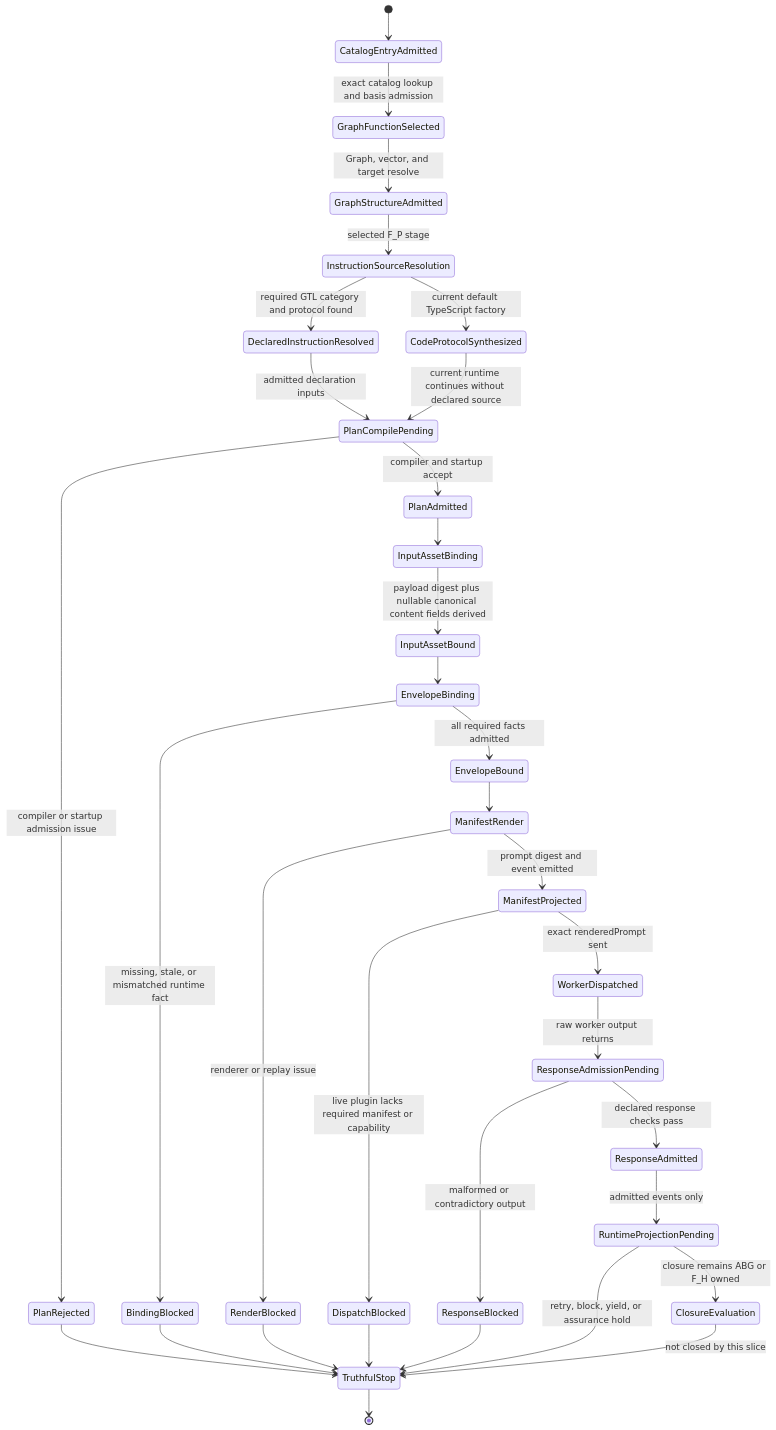
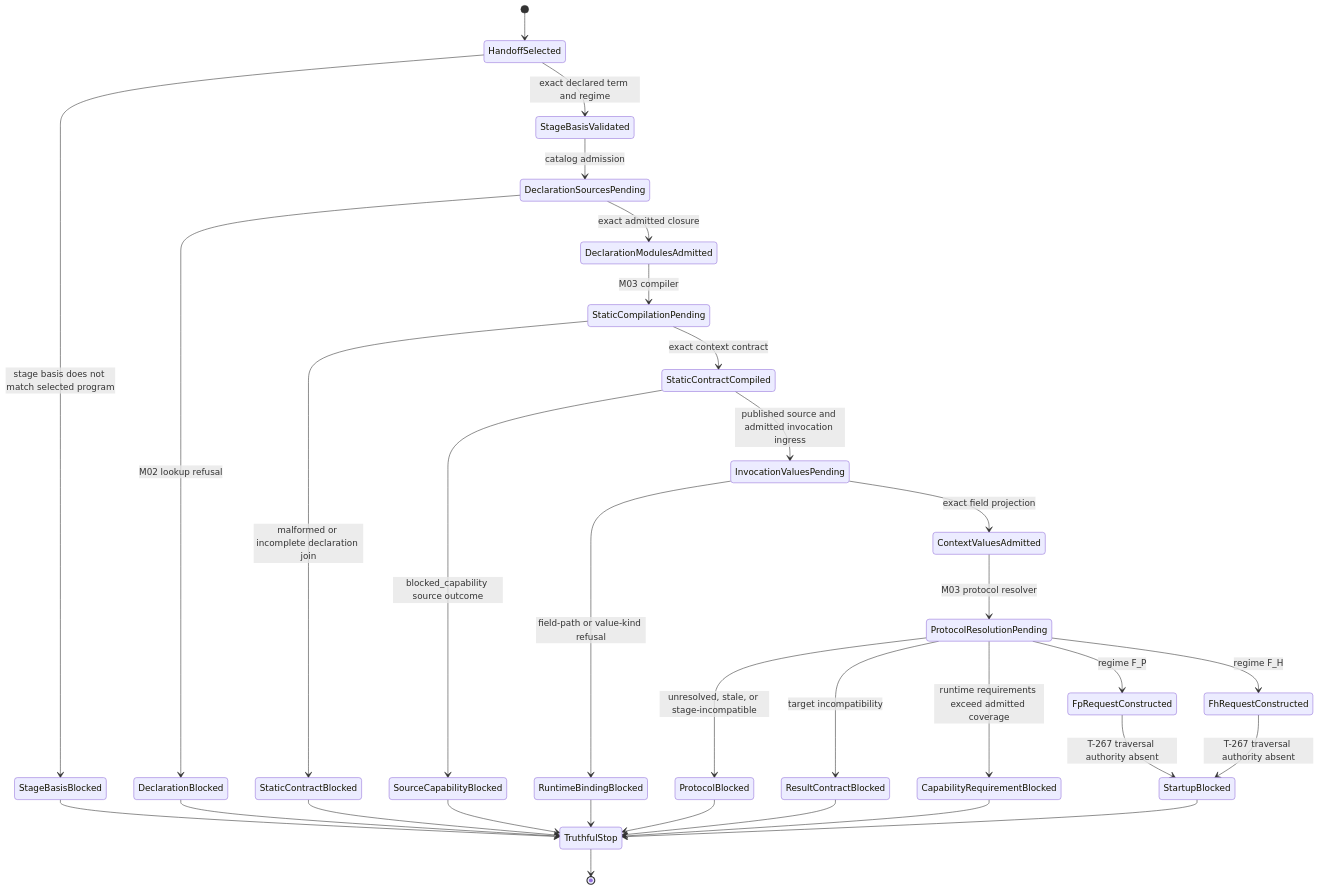
One commit to foolishimp/abiogenesis changed the third of 3 diagrams in build_tenants/abiogenesis/typescript/design/M03_INSTRUCTION_PROTOCOL_BEHAVIOR_DESIGN.md. Above: the diagram before and after it, drawn with Mermaid. The commit also changed other lines of this file and 2 other files, not shown here.

Commit message:
docs(design): rework T-256 execution context boundary

````diff
--- a/build_tenants/abiogenesis/typescript/design/M03_INSTRUCTION_PROTOCOL_BEHAVIOR_DESIGN.md
+++ b/build_tenants/abiogenesis/typescript/design/M03_INSTRUCTION_PROTOCOL_BEHAVIOR_DESIGN.md
@@ -417,41 +833,34 @@
 ```mermaid
 stateDiagram-v2
-  [*] --> CatalogEntryAdmitted
-  CatalogEntryAdmitted --> GraphFunctionSelected: exact catalog lookup and basis admission
-  GraphFunctionSelected --> GraphStructureAdmitted: Graph, vector, and target resolve
-  GraphStructureAdmitted --> InstructionSourceResolution: selected F_P stage
-
-  InstructionSourceResolution --> DeclaredInstructionResolved: required GTL category and protocol found
-  DeclaredInstructionResolved --> PlanCompilePending: admitted declaration inputs
-
-  InstructionSourceResolution --> CodeProtocolSynthesized: current default TypeScript factory
-  CodeProtocolSynthesized --> PlanCompilePending: current runtime continues without declared source
-
-  PlanCompilePending --> PlanRejected: compiler or startup admission issue
-  PlanCompilePending --> PlanAdmitted: compiler and startup accept
-  PlanAdmitted --> InputAssetBinding
-  InputAssetBinding --> InputAssetBound: payload digest plus nullable canonical content fields derived
-  InputAssetBound --> EnvelopeBinding
-  EnvelopeBinding --> BindingBlocked: missing, stale, or mismatched runtime fact
-  EnvelopeBinding --> EnvelopeBound: all required facts admitted
-  EnvelopeBound --> ManifestRender
-  ManifestRender --> RenderBlocked: renderer or replay issue
-  ManifestRender --> ManifestProjected: prompt digest and event emitted
-  ManifestProjected --> DispatchBlocked: live plugin lacks required manifest or capability
-  ManifestProjected --> WorkerDispatched: exact renderedPrompt sent
-  WorkerDispatched --> ResponseAdmissionPending: raw worker output returns
-  ResponseAdmissionPending --> ResponseBlocked: malformed or contradictory output
-  ResponseAdmissionPending --> ResponseAdmitted: declared response checks pass
-  ResponseAdmitted --> RuntimeProjectionPending: admitted events only
-  RuntimeProjectionPending --> TruthfulStop: retry, block, yield, or assurance hold
-  RuntimeProjectionPending --> ClosureEvaluation: closure remains ABG or F_H owned
-
-  PlanRejected --> TruthfulStop
-  BindingBlocked --> TruthfulStop
-  RenderBlocked --> TruthfulStop
-  DispatchBlocked --> TruthfulStop
-  ResponseBlocked --> TruthfulStop
-  ClosureEvaluation --> TruthfulStop: not closed by this slice
-
+  [*] --> HandoffSelected
+  HandoffSelected --> StageBasisBlocked: stage basis does not match selected program
+  HandoffSelected --> StageBasisValidated: exact declared term and regime
+  StageBasisValidated --> DeclarationSourcesPending: catalog admission
+  DeclarationSourcesPending --> DeclarationBlocked: M02 lookup refusal
+  DeclarationSourcesPending --> DeclarationModulesAdmitted: exact admitted closure
+  DeclarationModulesAdmitted --> StaticCompilationPending: M03 compiler
+  StaticCompilationPending --> StaticContractBlocked: malformed or incomplete declaration join
+  StaticCompilationPending --> StaticContractCompiled: exact context contract
+  StaticContractCompiled --> SourceCapabilityBlocked: blocked_capability source outcome
+  StaticContractCompiled --> InvocationValuesPending: published source and admitted invocation ingress
+  InvocationValuesPending --> RuntimeBindingBlocked: field-path or value-kind refusal
+  InvocationValuesPending --> ContextValuesAdmitted: exact field projection
+  ContextValuesAdmitted --> ProtocolResolutionPending: M03 protocol resolver
+  ProtocolResolutionPending --> ProtocolBlocked: unresolved, stale, or stage-incompatible
+  ProtocolResolutionPending --> ResultContractBlocked: target incompatibility
+  ProtocolResolutionPending --> CapabilityRequirementBlocked: runtime requirements exceed admitted coverage
+  ProtocolResolutionPending --> FpRequestConstructed: regime F_P
+  ProtocolResolutionPending --> FhRequestConstructed: regime F_H
+  FpRequestConstructed --> StartupBlocked: T-267 traversal authority absent
+  FhRequestConstructed --> StartupBlocked: T-267 traversal authority absent
+  DeclarationBlocked --> TruthfulStop
+  StageBasisBlocked --> TruthfulStop
+  StaticContractBlocked --> TruthfulStop
+  RuntimeBindingBlocked --> TruthfulStop
+  ProtocolBlocked --> TruthfulStop
+  ResultContractBlocked --> TruthfulStop
+  SourceCapabilityBlocked --> TruthfulStop
+  CapabilityRequirementBlocked --> TruthfulStop
+  StartupBlocked --> TruthfulStop
   TruthfulStop --> [*]
 ```
````
